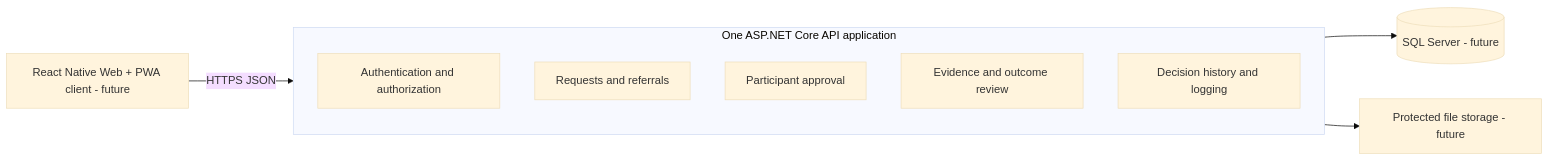
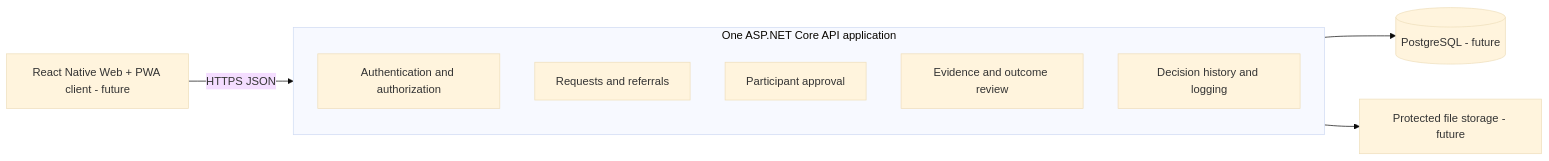
The tenth of 10 diagrams in docs/models.md (Bola-j/Helping-Hands), drawn with Mermaid (base theme) before and after one commit. The commit also changed other lines of this file and 8 other files, not shown here.

Commit message:
docs: plan PostgreSQL API and full application roadmap

````diff
--- a/docs/models.md
+++ b/docs/models.md
@@ -213,13 +213,13 @@
 ```mermaid
 flowchart LR
  Web[React Native Web + PWA client - future] -->|HTTPS JSON| API
  subgraph API[One ASP.NET Core API application]
  Auth[Authentication and authorization]
  Cases[Requests and referrals]
  Registry[Participant approval]
  Evidence[Evidence and outcome review]
  Audit[Decision history and logging]
  end
- API --> SQL[(SQL Server - future)]
+ API --> SQL[(PostgreSQL - future)]
  API --> Files[Protected file storage - future]
 ```
````
